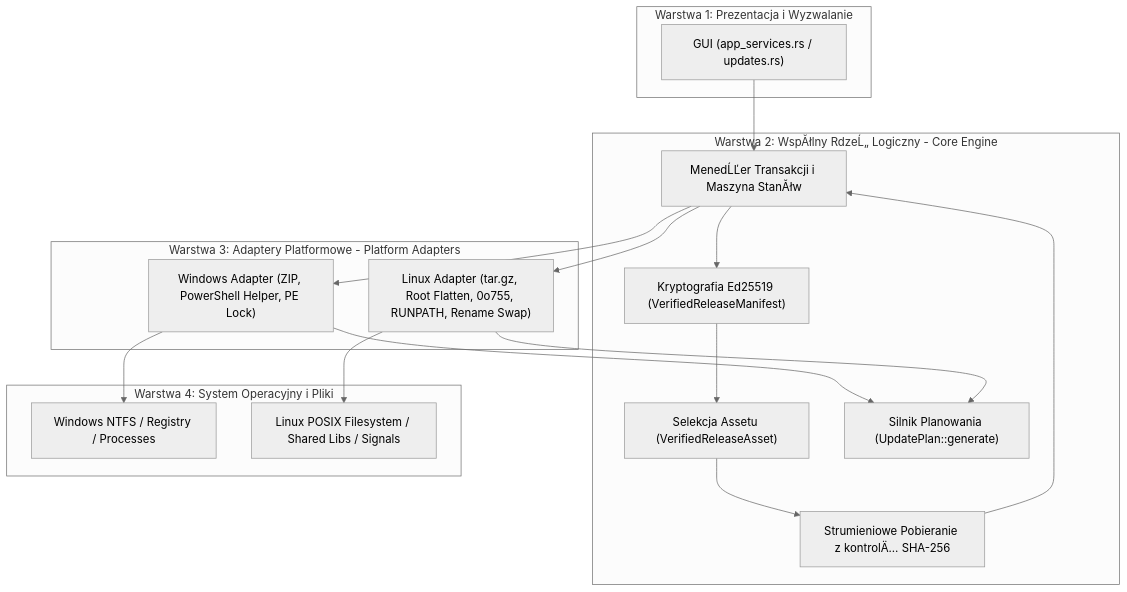
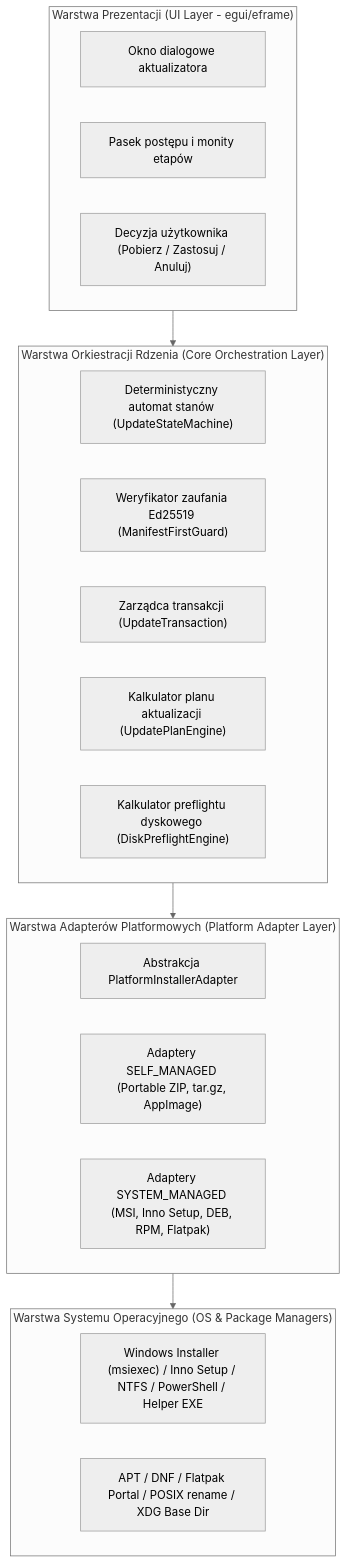
The first of 2 diagrams in DESIGN_3_0_C_PLATFORM_INSTALLERS.md (sp6ina/SPLogbook), drawn with Mermaid (neutral theme) before and after one commit. The commit also changed other lines of this file, not shown here.

Commit message:
docs(updater): finalize M3 transaction and native test decisions

````diff
--- a/DESIGN_3_0_C_PLATFORM_INSTALLERS.md
+++ b/DESIGN_3_0_C_PLATFORM_INSTALLERS.md
@@ -36,36 +37,31 @@
 ```mermaid
 flowchart TD
-    subgraph Layer1 [Warstwa 1: Prezentacja i Wyzwalanie]
-        UI["GUI (app_services.rs / updates.rs)"]
+    subgraph UI_Layer["Warstwa Prezentacji (UI Layer - egui/eframe)"]
+        UI_Dialog["Okno dialogowe aktualizatora"]
+        UI_Progress["Pasek postępu i monity etapów"]
+        UI_Decision["Decyzja użytkownika (Pobierz / Zastosuj / Anuluj)"]
     end
 
-    subgraph Layer2 [Warstwa 2: WspĂłlny RdzeĹ„ Logiczny - Core Engine]
-        Trust["Kryptografia Ed25519 (VerifiedReleaseManifest)"]
-        AssetSel["Selekcja Assetu (VerifiedReleaseAsset)"]
-        Downloader["Strumieniowe Pobieranie z kontrolÄ… SHA-256"]
-        Planner["Silnik Planowania (UpdatePlan::generate)"]
-        TxManager["MenedĹĽer Transakcji i Maszyna StanĂłw"]
+    subgraph Core_Layer["Warstwa Orkiestracji Rdzenia (Core Orchestration Layer)"]
+        SM["Deterministyczny automat stanów (UpdateStateMachine)"]
+        Trust["Weryfikator zaufania Ed25519 (ManifestFirstGuard)"]
+        Tx["Zarządca transakcji (UpdateTransaction)"]
+        Planner["Kalkulator planu aktualizacji (UpdatePlanEngine)"]
+        Preflight["Kalkulator preflightu dyskowego (DiskPreflightEngine)"]
     end
 
-    subgraph Layer3 [Warstwa 3: Adaptery Platformowe - Platform Adapters]
-        WinAdapter["Windows Adapter (ZIP, PowerShell Helper, PE Lock)"]
-        LinuxAdapter["Linux Adapter (tar.gz, Root Flatten, 0o755, RUNPATH, Rename Swap)"]
+    subgraph Adapter_Layer["Warstwa Adapterów Platformowych (Platform Adapter Layer)"]
+        Trait["Abstrakcja PlatformInstallerAdapter"]
+        SelfManaged["Adaptery SELF_MANAGED (Portable ZIP, tar.gz, AppImage)"]
+        SystemManaged["Adaptery SYSTEM_MANAGED (MSI, Inno Setup, DEB, RPM, Flatpak)"]
     end
 
-    subgraph Layer4 [Warstwa 4: System Operacyjny i Pliki]
-        WinFS["Windows NTFS / Registry / Processes"]
-        LinuxFS["Linux POSIX Filesystem / Shared Libs / Signals"]
+    subgraph OS_Layer["Warstwa Systemu Operacyjnego (OS & Package Managers)"]
+        WinOS["Windows Installer (msiexec) / Inno Setup / NTFS / PowerShell / Helper EXE"]
+        LinuxOS["APT / DNF / Flatpak Portal / POSIX rename / XDG Base Dir"]
     end
 
-    UI --> TxManager
-    TxManager --> Trust
-    Trust --> AssetSel
-    AssetSel --> Downloader
-    Downloader --> TxManager
-    TxManager --> WinAdapter
-    TxManager --> LinuxAdapter
-    WinAdapter --> Planner
-    LinuxAdapter --> Planner
-    WinAdapter --> WinFS
-    LinuxAdapter --> LinuxFS
+    UI_Layer --> Core_Layer
+    Core_Layer --> Adapter_Layer
+    Adapter_Layer --> OS_Layer
 ```
````
